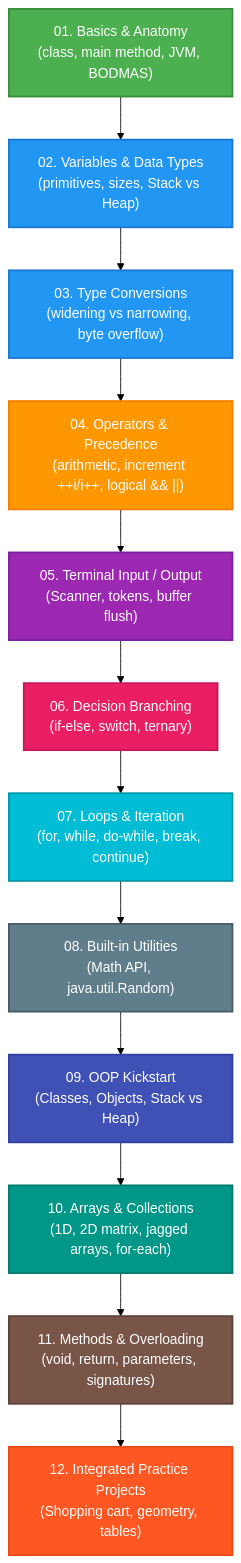
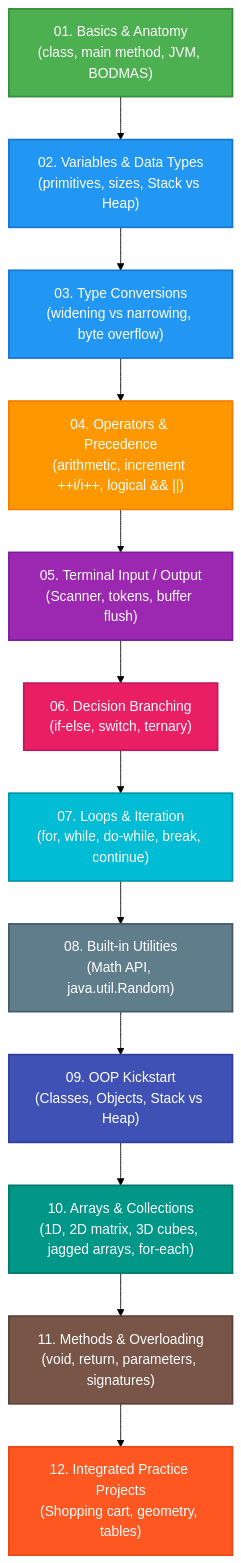
The second of 4 diagrams in Readme.Md (Mokshagnatej/Java-course), drawn with Mermaid (forest theme) before and after one commit. The commit also changed other lines of this file and 2 other files, not shown here.

Commit message:
feat: add documentation and support for three-dimensional arrays in Java course materials

````diff
--- a/Readme.Md
+++ b/Readme.Md
@@ -99,27 +99,27 @@
 ```mermaid
 flowchart TD
     A["01. Basics & Anatomy\n(class, main method, JVM, BODMAS)"] --> B["02. Variables & Data Types\n(primitives, sizes, Stack vs Heap)"]
     B --> C["03. Type Conversions\n(widening vs narrowing, byte overflow)"]
     C --> D["04. Operators & Precedence\n(arithmetic, increment ++i/i++, logical && ||)"]
     D --> E["05. Terminal Input / Output\n(Scanner, tokens, buffer flush)"]
     E --> F["06. Decision Branching\n(if-else, switch, ternary)"]
     F --> G["07. Loops & Iteration\n(for, while, do-while, break, continue)"]
     G --> H["08. Built-in Utilities\n(Math API, java.util.Random)"]
     H --> I["09. OOP Kickstart\n(Classes, Objects, Stack vs Heap)"]
-    I --> J["10. Arrays & Collections\n(1D, 2D matrix, jagged arrays, for-each)"]
+    I --> J["10. Arrays & Collections\n(1D, 2D matrix, 3D cubes, jagged arrays, for-each)"]
     J --> K["11. Methods & Overloading\n(void, return, parameters, signatures)"]
     K --> L["12. Integrated Practice Projects\n(Shopping cart, geometry, tables)"]
 
     style A fill:#4CAF50,stroke:#388E3C,stroke-width:2px,color:#fff
     style B fill:#2196F3,stroke:#1976D2,stroke-width:2px,color:#fff
     style C fill:#2196F3,stroke:#1976D2,stroke-width:2px,color:#fff
     style D fill:#FF9800,stroke:#F57C00,stroke-width:2px,color:#fff
     style E fill:#9C27B0,stroke:#7B1FA2,stroke-width:2px,color:#fff
     style F fill:#E91E63,stroke:#C2185B,stroke-width:2px,color:#fff
     style G fill:#00BCD4,stroke:#0097A7,stroke-width:2px,color:#fff
     style H fill:#607D8B,stroke:#455A64,stroke-width:2px,color:#fff
     style I fill:#3F51B5,stroke:#303F9F,stroke-width:2px,color:#fff
     style J fill:#009688,stroke:#00796B,stroke-width:2px,color:#fff
     style K fill:#795548,stroke:#5D4037,stroke-width:2px,color:#fff
     style L fill:#FF5722,stroke:#E64A19,stroke-width:2px,color:#fff
 ```
````
